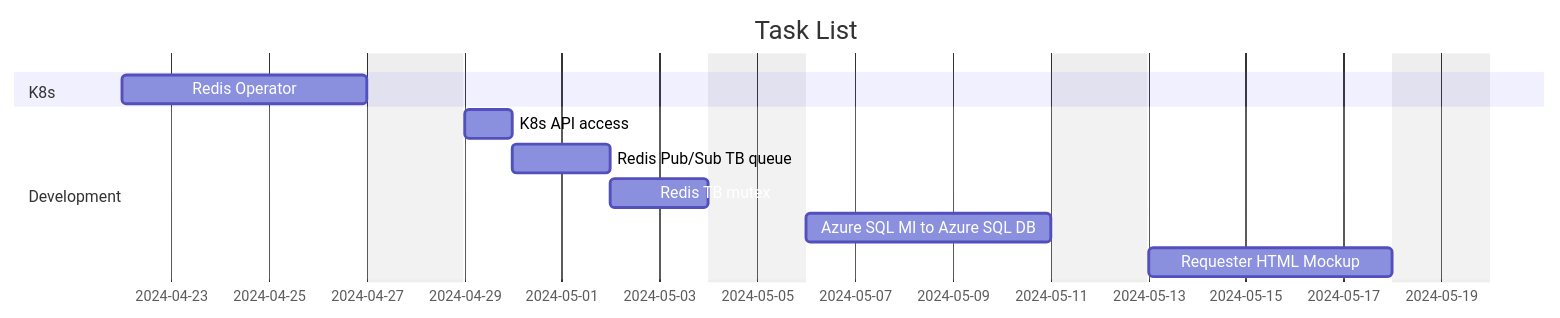
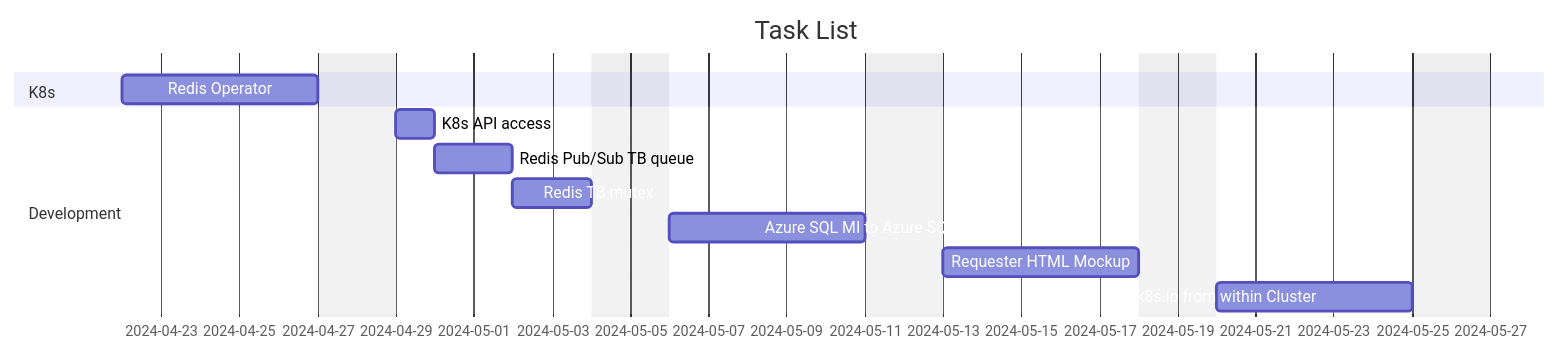
Before and after one commit to brentgroves/repsys: the diagram in development/report_system/task_list.md, drawn with Mermaid. The commit also changed other lines of this file and 3 other files, not shown here.

````diff
--- a/development/report_system/task_list.md
+++ b/development/report_system/task_list.md
@@ -7,17 +7,19 @@
 ```mermaid
 gantt
     dateFormat  YYYY-MM-DD
     title       Task List
     excludes    weekends
     %% (`excludes` accepts specific dates in YYYY-MM-DD format, days of the week ("sunday") or "weekends", but not the word "weekdays".)
 
     section K8s
     Redis Operator                                :d1,2024-04-22,5d
     section Development
     K8s API access                                :d1,2024-04-29,1d
     Redis Pub/Sub TB queue                        :d2,after d1,2d
     Redis TB mutex                                :d3,after d2,2d
     Azure SQL MI to Azure SQL DB                  :d4,after d3,5d   
-    Requester HTML Mockup                         :d5,after d4,5d   
+    Requester HTML Mockup                         :d5,after d4,5d  
+    Test k8s.io from within Cluster               :d6,after d5,5d  
+ 
 
 ```
````
